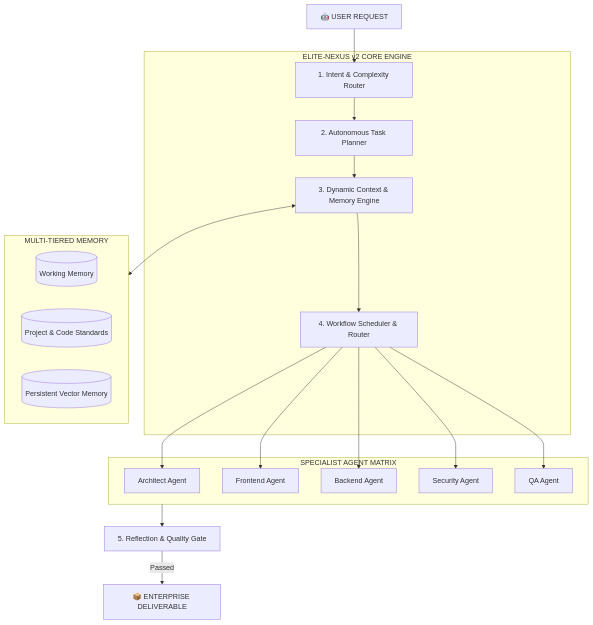
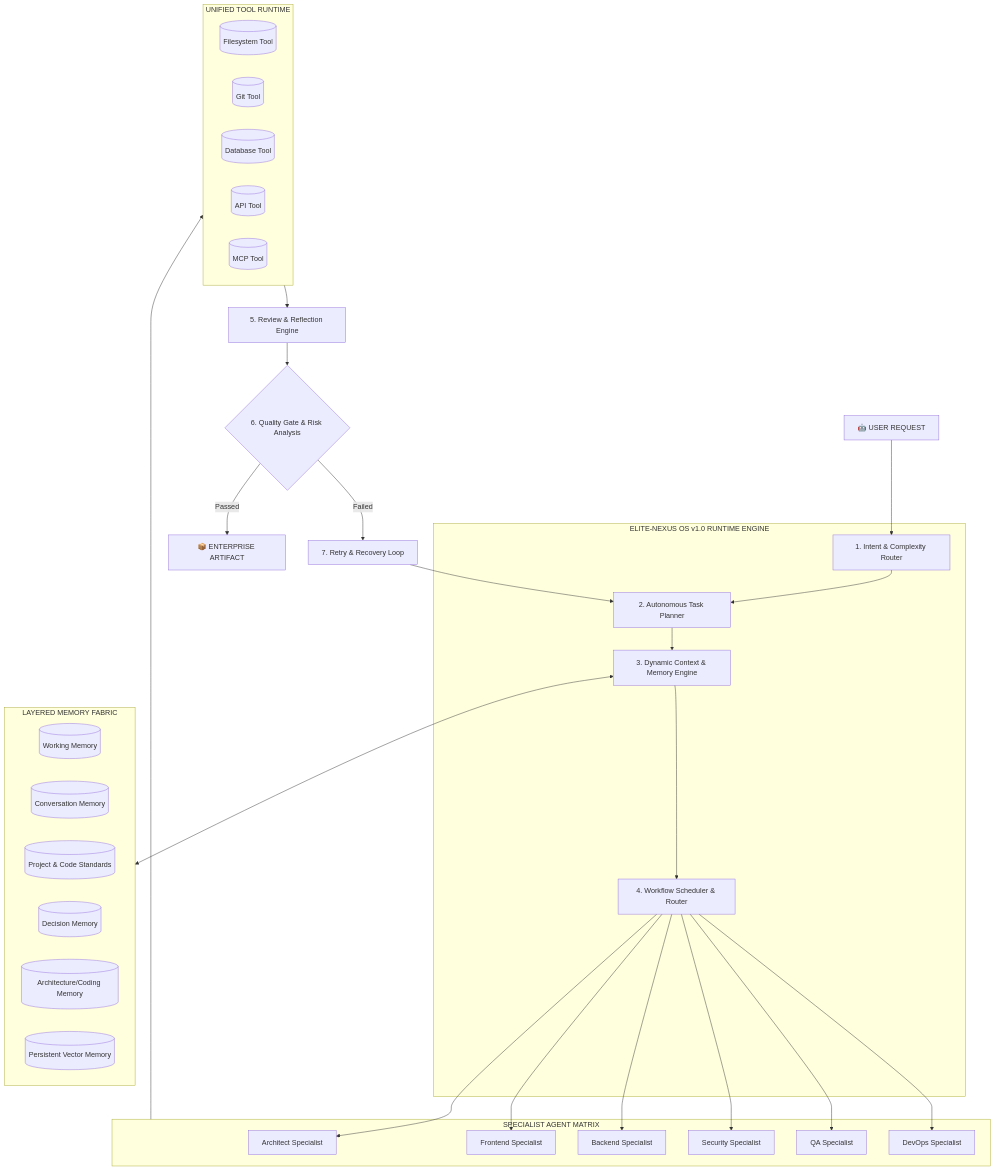
The diagram in README.md (rykerzz-tech/ryker-multi-agent-tech), drawn with Mermaid before and after one commit. The commit also changed 1 other file, not shown here.

Commit message:
docs: update Master Architecture Diagram in CODEBASE.md and README.md to v1.0.0

````diff
--- a/README.md
+++ b/README.md
@@ -54,29 +54,45 @@
 ```mermaid
 graph TD
     UserRequest["🤖 USER REQUEST"] --> IntentRouter["1. Intent & Complexity Router"]
 
-    subgraph NexusCore ["ELITE-NEXUS v2 CORE ENGINE"]
+    subgraph NexusCore ["ELITE-NEXUS OS v1.0 RUNTIME ENGINE"]
         IntentRouter --> Planner["2. Autonomous Task Planner"]
         Planner --> ContextBuilder["3. Dynamic Context & Memory Engine"]
         ContextBuilder --> TaskRouter["4. Workflow Scheduler & Router"]
     end
 
-    subgraph MemoryTier ["MULTI-TIERED MEMORY"]
+    subgraph MemoryTier ["LAYERED MEMORY FABRIC"]
         WorkingMem[("Working Memory")]
+        ConvoMem[("Conversation Memory")]
         ProjectMem[("Project & Code Standards")]
+        DecMem[("Decision Memory")]
+        ArchMem[("Architecture/Coding Memory")]
         VectorMem[("Persistent Vector Memory")]
     end
 
     ContextBuilder <--> MemoryTier
 
     subgraph Agents ["SPECIALIST AGENT MATRIX"]
-        TaskRouter --> ArchAgent["Architect Agent"]
-        TaskRouter --> FEAgent["Frontend Agent"]
-        TaskRouter --> BEAgent["Backend Agent"]
-        TaskRouter --> SecAgent["Security Agent"]
-        TaskRouter --> QualityAgent["QA Agent"]
+        TaskRouter --> ArchAgent["Architect Specialist"]
+        TaskRouter --> FEAgent["Frontend Specialist"]
+        TaskRouter --> BEAgent["Backend Specialist"]
+        TaskRouter --> SecAgent["Security Specialist"]
+        TaskRouter --> QualityAgent["QA Specialist"]
+        TaskRouter --> DevOpsAgent["DevOps Specialist"]
     end
 
-    Agents --> ReflectionEngine["5. Reflection & Quality Gate"]
-    ReflectionEngine -->|Passed| FinalDeliverable["📦 ENTERPRISE DELIVERABLE"]
+    subgraph ToolRuntime ["UNIFIED TOOL RUNTIME"]
+        FS[("Filesystem Tool")]
+        Git[("Git Tool")]
+        DB[("Database Tool")]
+        API[("API Tool")]
+        MCP[("MCP Tool")]
+    end
+
+    Agents --> ToolRuntime
+    ToolRuntime --> ReflectionEngine["5. Review & Reflection Engine"]
+    ReflectionEngine --> QualityGate{"6. Quality Gate & Risk Analysis"}
+    QualityGate -->|Passed| FinalDeliverable["📦 ENTERPRISE ARTIFACT"]
+    QualityGate -->|Failed| RetryEngine["7. Retry & Recovery Loop"]
+    RetryEngine --> Planner
 ```
````
